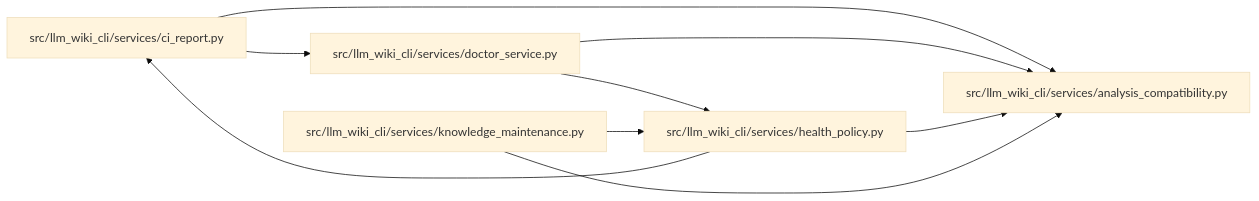
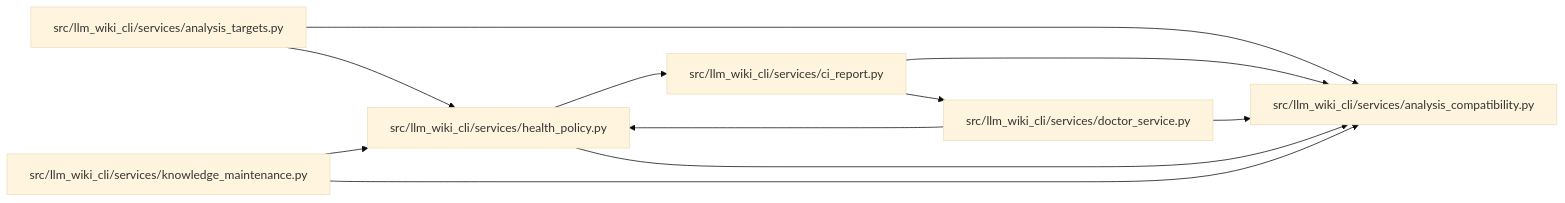
Before and after one commit to Denissvgn/python-wiki-llm: the diagram in docs/llm_wiki/modules/health_policy.md, drawn with Mermaid (base theme). The commit also changed other lines of this file and 386 other files, not shown here.

````diff
--- a/docs/llm_wiki/modules/health_policy.md
+++ b/docs/llm_wiki/modules/health_policy.md
@@ -29,21 +29,25 @@
 ```mermaid
 flowchart LR
     n0["src/llm_wiki_cli/services/analysis_compatibility.py"]
-    n1["src/llm_wiki_cli/services/ci_report.py"]
-    n2["src/llm_wiki_cli/services/doctor_service.py"]
-    n3["src/llm_wiki_cli/services/health_policy.py"]
-    n4["src/llm_wiki_cli/services/knowledge_maintenance.py"]
+    n1["src/llm_wiki_cli/services/analysis_targets.py"]
+    n2["src/llm_wiki_cli/services/ci_report.py"]
+    n3["src/llm_wiki_cli/services/doctor_service.py"]
+    n4["src/llm_wiki_cli/services/health_policy.py"]
+    n5["src/llm_wiki_cli/services/knowledge_maintenance.py"]
     n1 --> n0
-    n1 --> n2
+    n1 --> n4
     n2 --> n0
     n2 --> n3
     n3 --> n0
-    n3 --> n1
+    n3 --> n4
     n4 --> n0
-    n4 --> n3
+    n4 --> n2
+    n5 --> n0
+    n5 --> n4
     click n0 "../modules/analysis_compatibility.md"
-    click n1 "../modules/ci_report.md"
-    click n2 "../modules/doctor_service.md"
-    click n3 "../modules/health_policy.md"
-    click n4 "../modules/knowledge_maintenance.md"
+    click n1 "../modules/analysis_targets.md"
+    click n2 "../modules/ci_report.md"
+    click n3 "../modules/doctor_service.md"
+    click n4 "../modules/health_policy.md"
+    click n5 "../modules/knowledge_maintenance.md"
 ```
````
